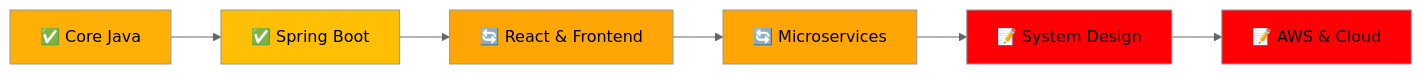
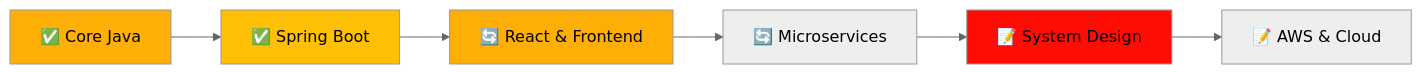
One commit to ShubhamKRay/ShubhamKRay changed the diagram in README.md. Above: the diagram before and after it, drawn with Mermaid (neutral theme).

Commit message:
Update styles for diagram elements in README

````diff
--- a/README.md
+++ b/README.md
@@ -278,15 +278,15 @@
 ```mermaid
 graph LR
     A[✅ Core Java] --> B[✅ Spring Boot]
     B --> C[🔄 React & Frontend]
     C --> D[🔄 Microservices]
     D --> E[📝 System Design]
     E --> F[📝 AWS & Cloud]
     
     style A fill:#FFAF05
     style B fill:#FFBF05
-    style C fill:#FFA505
-    style D fill:#FFA505
-    style E fill:#FF0005
-    style F fill:#FF0005
+    style C fill:#FFAE05
+    style D fill:#FFAG05
+    style E fill:#FF0C05
+    style F fill:#FF0P05
 ```
````
